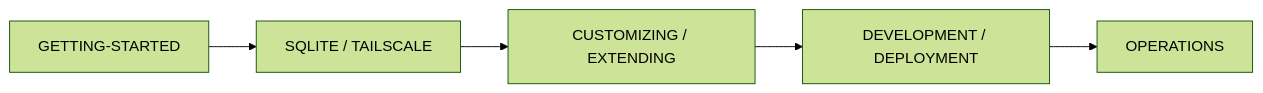
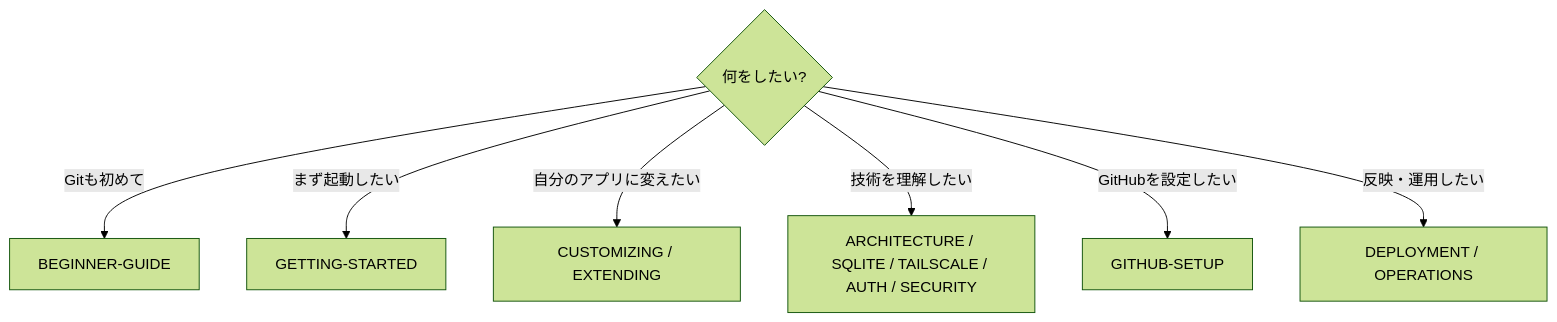
Before and after one commit to k-systems202208/python-sqlite-tailscale-webapp-template: the sixth of 6 diagrams in README.md, drawn with Mermaid (forest theme). The commit also changed other lines of this file and 5 other files, not shown here.

````diff
--- a/README.md
+++ b/README.md
@@ -266,7 +272,10 @@
 ```mermaid
-flowchart LR
-    A["GETTING-STARTED"] --> B["SQLITE / TAILSCALE"]
-    B --> C["CUSTOMIZING / EXTENDING"]
-    C --> D["DEVELOPMENT / DEPLOYMENT"]
-    D --> E["OPERATIONS"]
+flowchart TD
+    Q{"何をしたい?"}
+    Q -->|"Gitも初めて"| B["BEGINNER-GUIDE"]
+    Q -->|"まず起動したい"| G["GETTING-STARTED"]
+    Q -->|"自分のアプリに変えたい"| C["CUSTOMIZING / EXTENDING"]
+    Q -->|"技術を理解したい"| A["ARCHITECTURE / SQLITE / TAILSCALE / AUTH / SECURITY"]
+    Q -->|"GitHubを設定したい"| H["GITHUB-SETUP"]
+    Q -->|"反映・運用したい"| O["DEPLOYMENT / OPERATIONS"]
 ```
````
